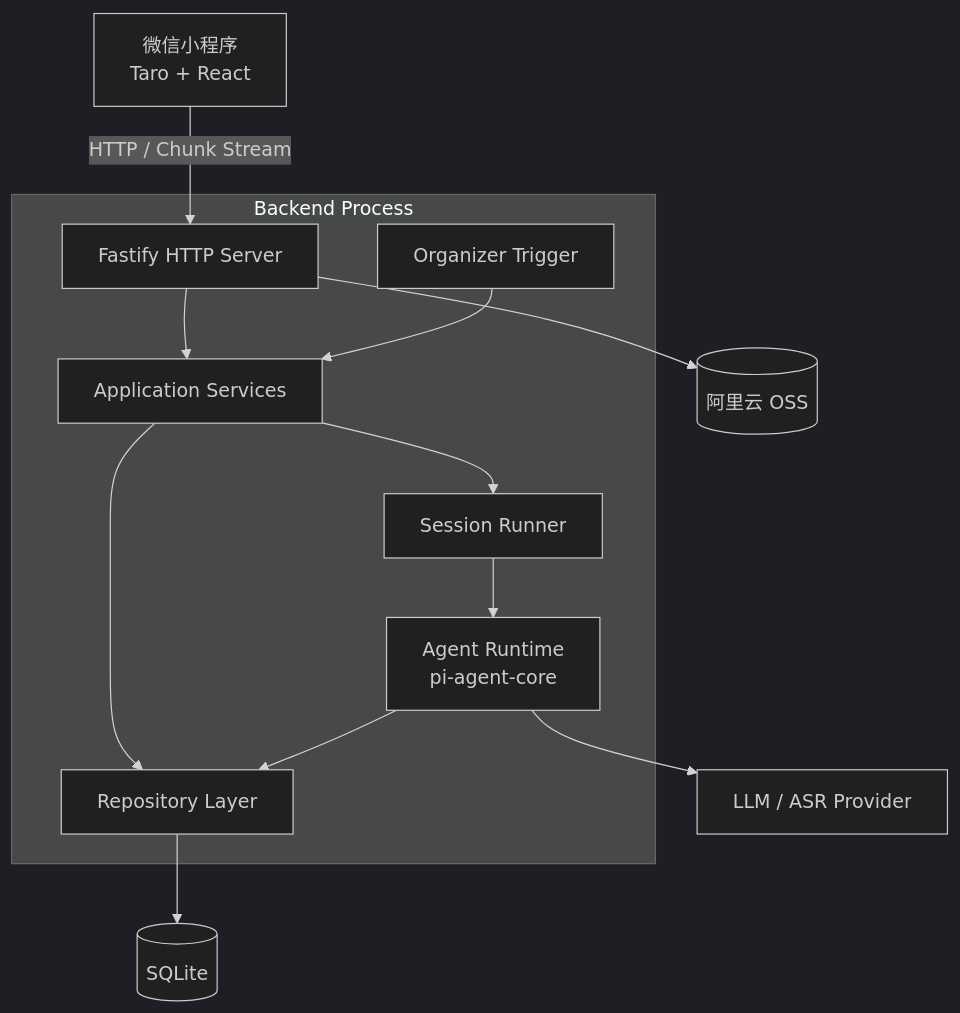
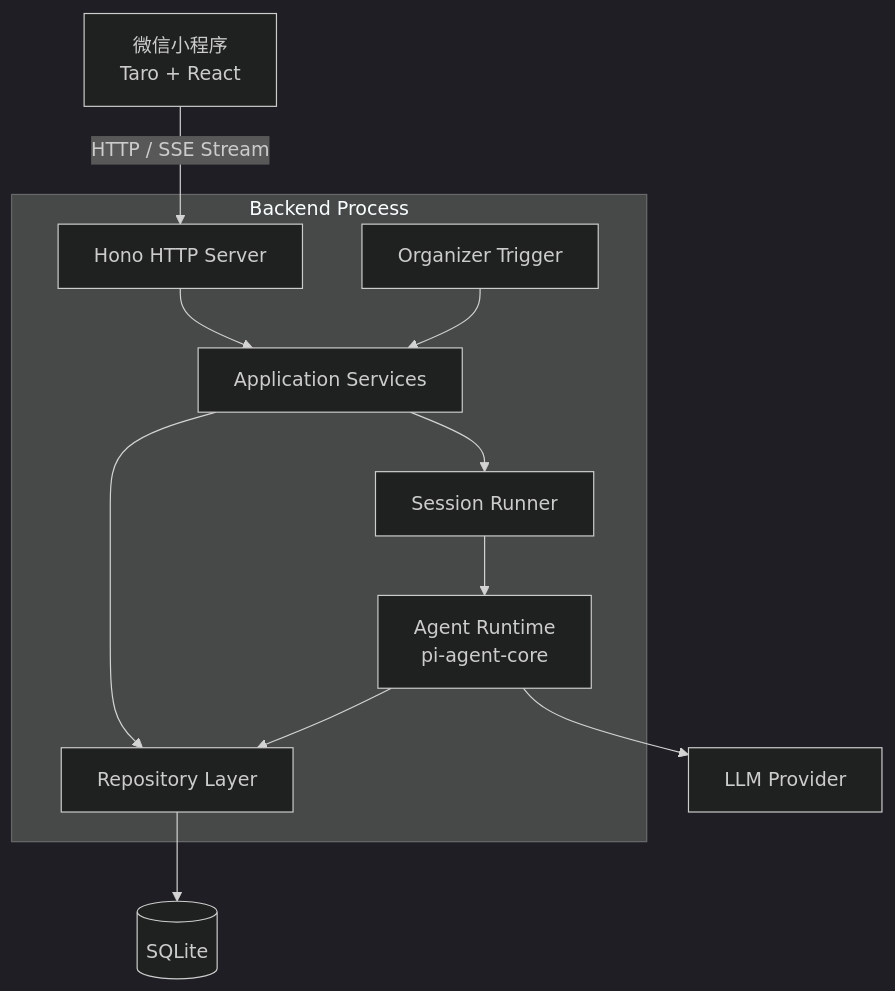
Before and after one commit to huiru-wang/eiko: the fourth of 5 diagrams in docs/README.md, drawn with Mermaid (dark theme). The commit also changed other lines of this file and 71 other files, not shown here.

````diff
--- a/docs/README.md
+++ b/docs/README.md
@@ -417,28 +357,26 @@
 ```mermaid
 flowchart TB
     MP["微信小程序\nTaro + React"]
 
     subgraph BACKEND["Backend Process"]
-        HTTP["Fastify HTTP Server"]
+        HTTP["Hono HTTP Server"]
         APP["Application Services"]
         SESSION["Session Runner"]
         AGENT["Agent Runtime\npi-agent-core"]
         TRIGGER["Organizer Trigger"]
         REPO["Repository Layer"]
     end
 
     DB[("SQLite")]
-    OSS[("阿里云 OSS")]
-    MODEL["LLM / ASR Provider"]
+    MODEL["LLM Provider"]
 
-    MP -->|HTTP / Chunk Stream| HTTP
+    MP -->|HTTP / SSE Stream| HTTP
     HTTP --> APP
     TRIGGER --> APP
     APP --> SESSION
     SESSION --> AGENT
     APP --> REPO
     AGENT --> REPO
     REPO --> DB
-    HTTP --> OSS
     AGENT --> MODEL
 ```
````
